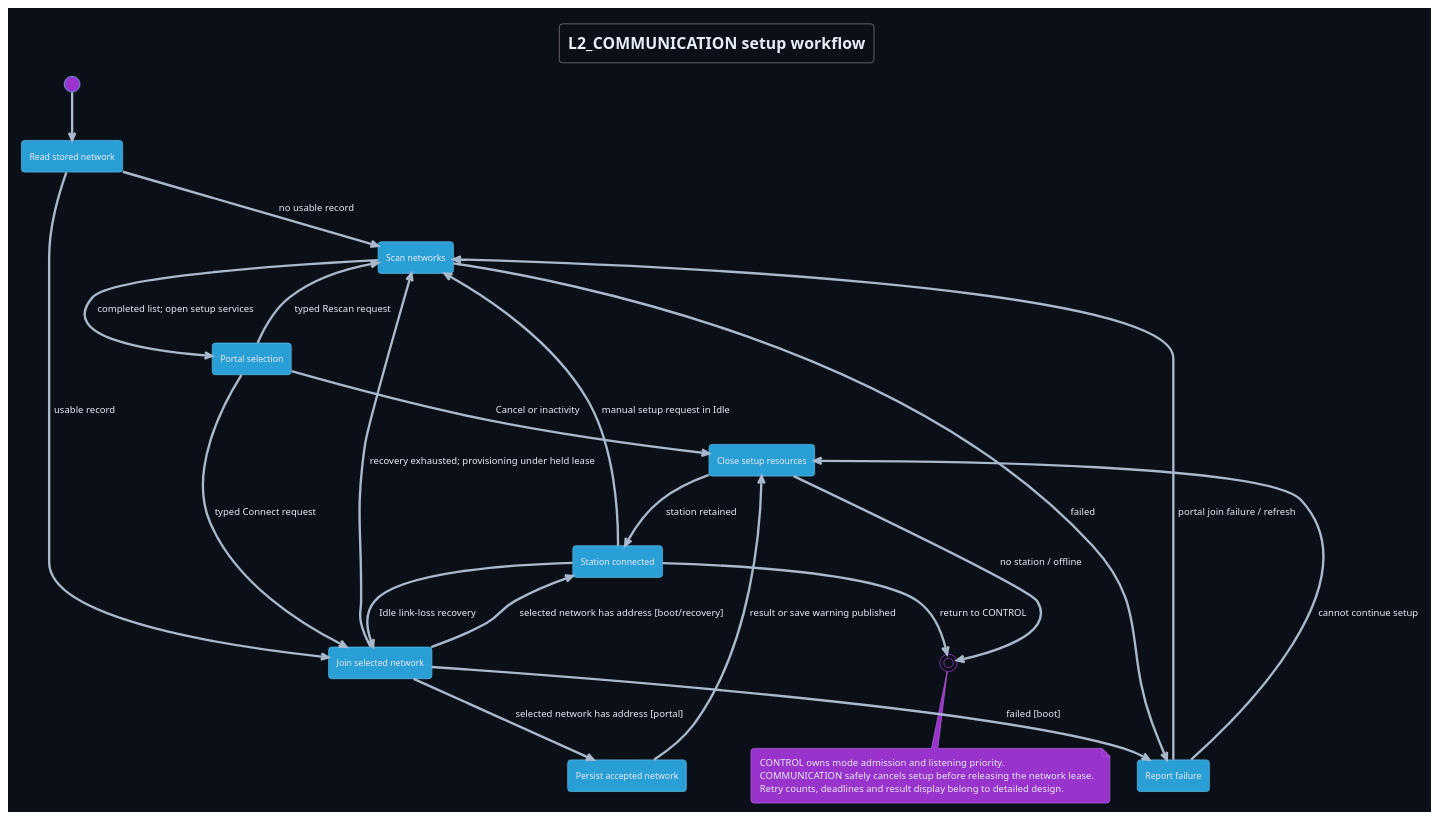
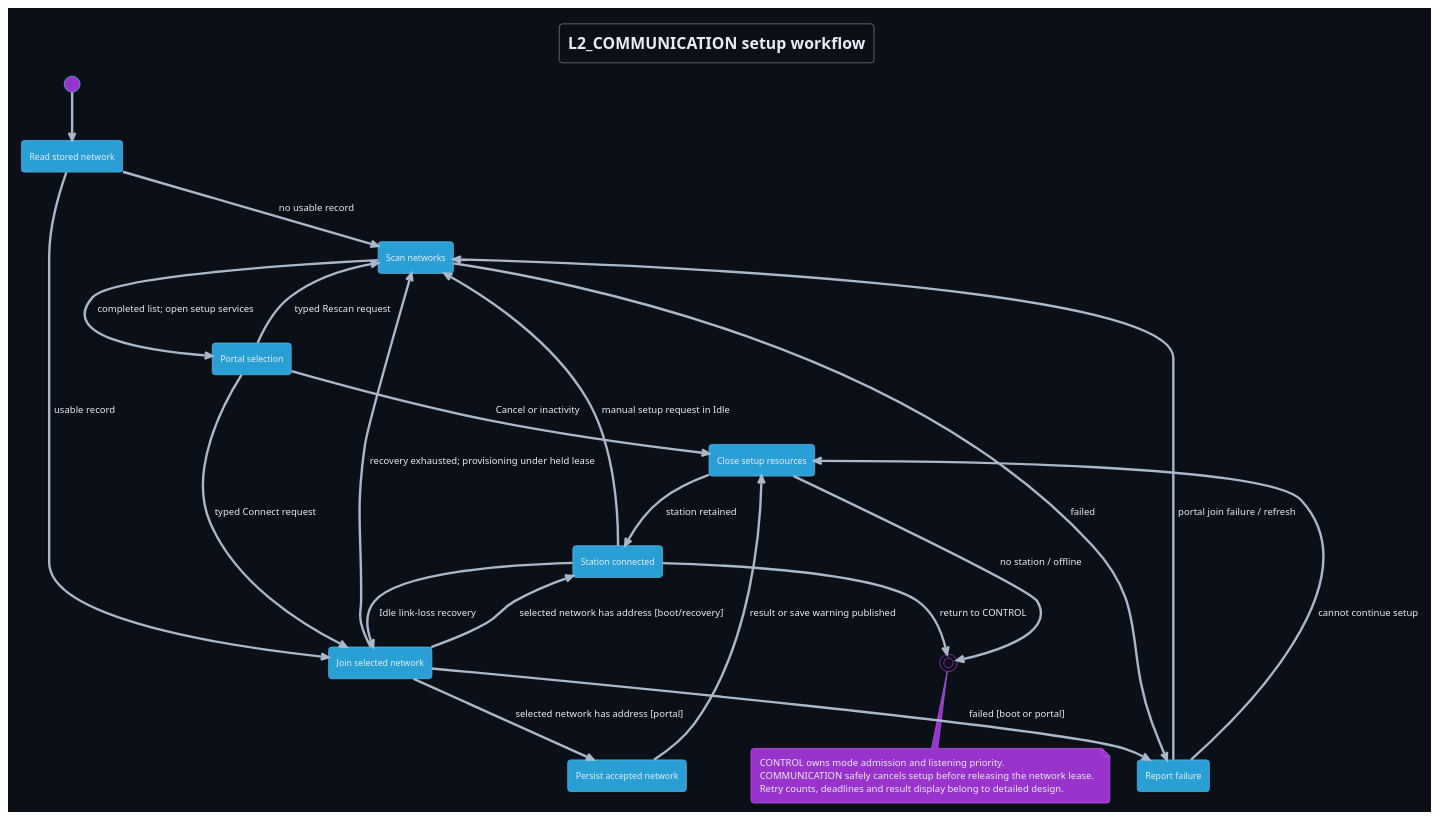
One commit to DemonicPsychoII/DigitalStethoscope changed the diagram in Development/system/architecture/COMMUNICATION/setup-state.puml. Above: the diagram before and after it, drawn with PlantUML. The commit also changed 1 other file, not shown here.

Commit message:
documentation: preserve portal failure and manual boot recovery paths
Committed by GPT-6.1-Sol on behalf of Nico running in codex.

```diff
--- a/Development/system/architecture/COMMUNICATION/setup-state.puml
+++ b/Development/system/architecture/COMMUNICATION/setup-state.puml
@@ -1,43 +1,43 @@
 @startuml setup_state
 !theme cyborg
 skinparam shadowing false
 skinparam defaultFontName SansSerif
 skinparam backgroundColor #0b1018
 skinparam defaultFontColor #e6edf7
 skinparam ArrowColor #a9b8ca
 title L2_COMMUNICATION setup workflow
 hide empty description
 state "Read stored network" as Boot
 state "Scan networks" as Scan
 state "Portal selection" as Portal
 state "Join selected network" as Join
 state "Persist accepted network" as Save
 state "Close setup resources" as Close
 state "Station connected" as Connected
 state "Report failure" as Failure
 [*] --> Boot
 Boot --> Join : usable record
 Boot --> Scan : no usable record
 Scan --> Portal : completed list; open setup services
 Portal --> Join : typed Connect request
 Portal --> Scan : typed Rescan request
 Portal --> Close : Cancel or inactivity
 Join --> Save : selected network has address [portal]
 Join --> Connected : selected network has address [boot/recovery]
 Join --> Scan : recovery exhausted; provisioning under held lease
-Join --> Failure : failed [boot]
+Join --> Failure : failed [boot or portal]
 Scan --> Failure : failed
 Save --> Close : result or save warning published
 Failure --> Scan : portal join failure / refresh
 Failure --> Close : cannot continue setup
 Close --> Connected : station retained
 Close --> [*] : no station / offline
 Connected --> Join : Idle link-loss recovery
 Connected --> Scan : manual setup request in Idle
 Connected --> [*] : return to CONTROL
 note bottom
  CONTROL owns mode admission and listening priority.
  COMMUNICATION safely cancels setup before releasing the network lease.
  Retry counts, deadlines and result display belong to detailed design.
 end note
 @enduml
```
